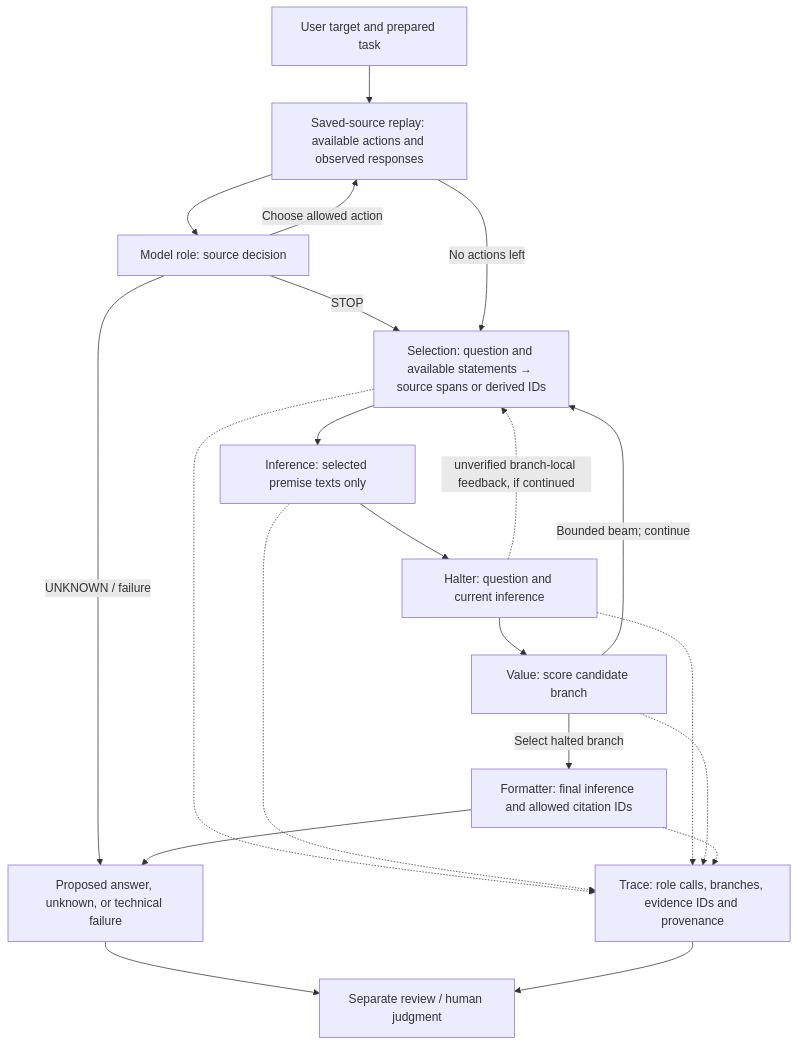
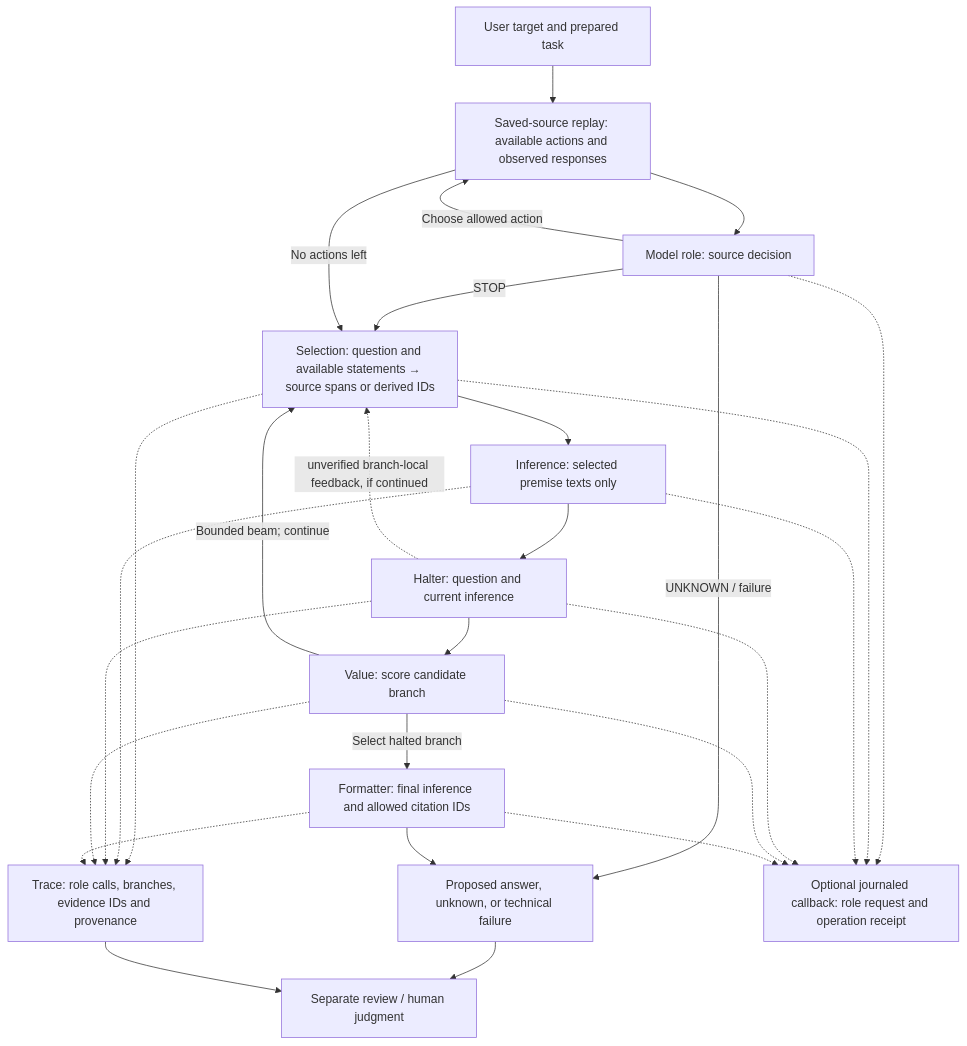
The diagram in docs/architecture.md (Silveroboros-dev/reductio-lab), drawn with Mermaid before and after one commit. The commit also changed other lines of this file and 6 other files, not shown here.

````diff
--- a/docs/architecture.md
+++ b/docs/architecture.md
@@ -7,23 +7,29 @@
 ```mermaid
 flowchart TD
     U["User target and prepared task"] --> R["Saved-source replay: available actions and observed responses"]
     R --> D["Model role: source decision"]
     D -->|"Choose allowed action"| R
     D -->|"STOP"| S
     R -->|"No actions left"| S
     D -->|"UNKNOWN / failure"| O
     S["Selection: question and available statements → source spans or derived IDs"] --> I["Inference: selected premise texts only"]
     I --> H["Halter: question and current inference"]
     H --> V["Value: score candidate branch"]
     H -. "unverified branch-local feedback, if continued" .-> S
     V -->|"Bounded beam; continue"| S
     V -->|"Select halted branch"| F["Formatter: final inference and allowed citation IDs"]
     F --> O["Proposed answer, unknown, or technical failure"]
     S -.-> T["Trace: role calls, branches, evidence IDs and provenance"]
     I -.-> T
     H -.-> T
     V -.-> T
     F -.-> T
+    D -.-> E["Optional journaled callback: role request and operation receipt"]
+    S -.-> E
+    I -.-> E
+    H -.-> E
+    V -.-> E
+    F -.-> E
     O --> J["Separate review / human judgment"]
     T --> J
 ```
````
